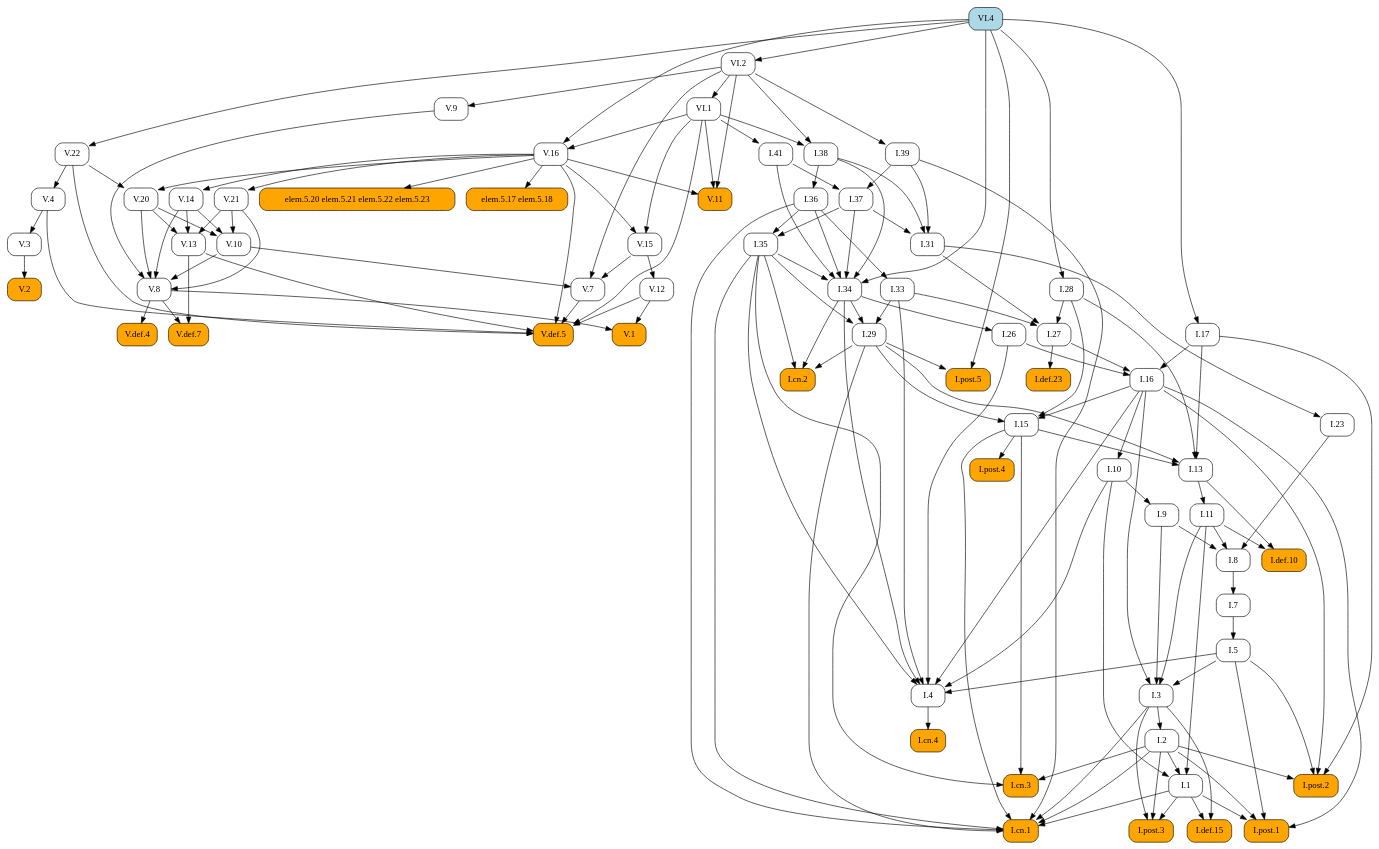
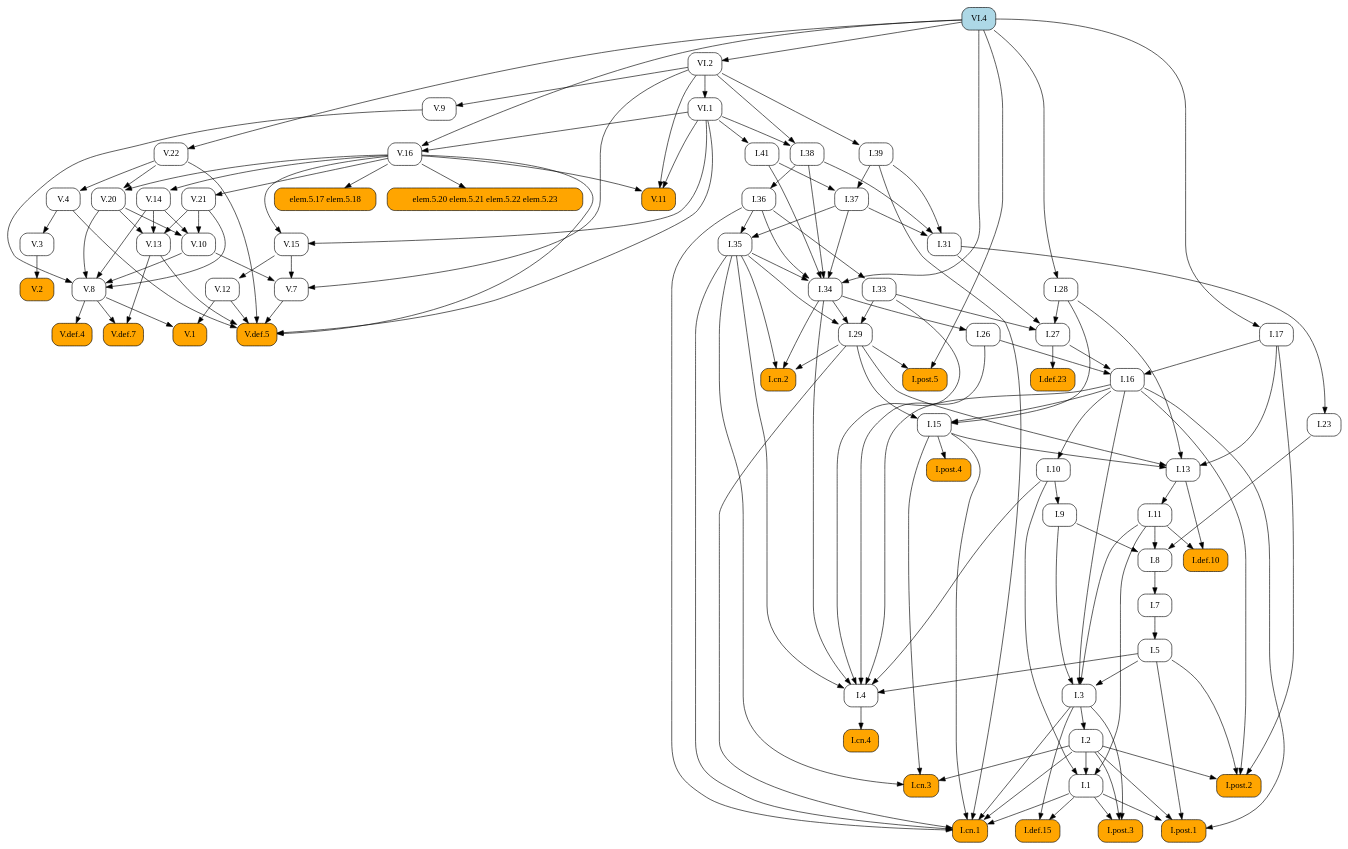
Before and after one commit to geometor/elements: the diagram in docsrc/elements2/VI/4/index.rst, drawn with Graphviz. The commit also changed other lines of this file and 171 other files, not shown here.

```diff
--- a/docsrc/elements2/VI/4/index.rst
+++ b/docsrc/elements2/VI/4/index.rst
@@ -88,147 +88,77 @@
    digraph {
      rankdir="TB";
      node [shape=box, style=rounded];
+     "V.20" [URL="/elements2/V/20/", target="_top"];
+     "I.8" [URL="/elements2/I/8/", target="_top"];
+     "I.36" [URL="/elements2/I/36/", target="_top"];
+     "V.def.5" [style="rounded,filled", fillcolor=orange, URL="/elements2/V/def.5/", target="_top"];
+     "V.def.7" [style="rounded,filled", fillcolor=orange, URL="/elements2/V/def.7/", target="_top"];
+     "I.38" [URL="/elements2/I/38/", target="_top"];
+     "I.post.5" [style="rounded,filled", fillcolor=orange, URL="/elements2/I/post.5/", target="_top"];
+     "I.def.10" [style="rounded,filled", fillcolor=orange, URL="/elements2/I/def.10/", target="_top"];
+     "I.cn.2" [style="rounded,filled", fillcolor=orange, URL="/elements2/I/cn.2/", target="_top"];
+     "I.31" [URL="/elements2/I/31/", target="_top"];
+     "I.post.2" [style="rounded,filled", fillcolor=orange, URL="/elements2/I/post.2/", target="_top"];
+     "I.def.23" [style="rounded,filled", fillcolor=orange, URL="/elements2/I/def.23/", target="_top"];
+     "I.26" [URL="/elements2/I/26/", target="_top"];
+     "V.3" [URL="/elements2/V/3/", target="_top"];
+     "I.cn.3" [style="rounded,filled", fillcolor=orange, URL="/elements2/I/cn.3/", target="_top"];
+     "V.2" [style="rounded,filled", fillcolor=orange, URL="/elements2/V/2/", target="_top"];
+     "V.12" [URL="/elements2/V/12/", target="_top"];
+     "V.22" [URL="/elements2/V/22/", target="_top"];
+     "I.41" [URL="/elements2/I/41/", target="_top"];
+     "I.35" [URL="/elements2/I/35/", target="_top"];
+     "I.28" [URL="/elements2/I/28/", target="_top"];
+     "I.27" [URL="/elements2/I/27/", target="_top"];
+     "I.4" [URL="/elements2/I/4/", target="_top"];
+     "V.8" [URL="/elements2/V/8/", target="_top"];
+     "VI.2" [URL="/elements2/VI/2/", target="_top"];
+     "I.39" [URL="/elements2/I/39/", target="_top"];
+     "I.15" [URL="/elements2/I/15/", target="_top"];
+     "I.34" [URL="/elements2/I/34/", target="_top"];
+     "I.post.3" [style="rounded,filled", fillcolor=orange, URL="/elements2/I/post.3/", target="_top"];
+     "I.post.1" [style="rounded,filled", fillcolor=orange, URL="/elements2/I/post.1/", target="_top"];
+     "V.def.4" [style="rounded,filled", fillcolor=orange, URL="/elements2/V/def.4/", target="_top"];
+     "I.33" [URL="/elements2/I/33/", target="_top"];
+     "I.5" [URL="/elements2/I/5/", target="_top"];
      "elem.5.17 elem.5.18" [style="rounded,filled", fillcolor=orange];
+     "VI.1" [URL="/elements2/VI/1/", target="_top"];
+     "V.11" [style="rounded,filled", fillcolor=orange, URL="/elements2/V/11/", target="_top"];
+     "V.13" [URL="/elements2/V/13/", target="_top"];
+     "V.9" [URL="/elements2/V/9/", target="_top"];
+     "V.16" [URL="/elements2/V/16/", target="_top"];
+     "I.def.15" [style="rounded,filled", fillcolor=orange, URL="/elements2/I/def.15/", target="_top"];
+     "V.15" [URL="/elements2/V/15/", target="_top"];
+     "I.11" [URL="/elements2/I/11/", target="_top"];
+     "I.3" [URL="/elements2/I/3/", target="_top"];
+     "V.14" [URL="/elements2/V/14/", target="_top"];
+     "V.10" [URL="/elements2/V/10/", target="_top"];
+     "VI.4" [style="rounded,filled", fillcolor=lightblue, URL="/elements2/VI/4/", target="_top"];
+     "I.1" [URL="/elements2/I/1/", target="_top"];
+     "I.cn.4" [style="rounded,filled", fillcolor=orange, URL="/elements2/I/cn.4/", target="_top"];
+     "I.7" [URL="/elements2/I/7/", target="_top"];
+     "I.17" [URL="/elements2/I/17/", target="_top"];
+     "I.9" [URL="/elements2/I/9/", target="_top"];
      "V.7" [URL="/elements2/V/7/", target="_top"];
-     "VI.4" [style="rounded,filled", fillcolor=lightblue, URL="/elements2/VI/4/", target="_top"];
-     "I.cn.4" [style="rounded,filled", fillcolor=orange, URL="/elements2/I/cn.4/", target="_top"];
-     "I.post.3" [style="rounded,filled", fillcolor=orange, URL="/elements2/I/post.3/", target="_top"];
-     "V.22" [URL="/elements2/V/22/", target="_top"];
-     "V.def.7" [style="rounded,filled", fillcolor=orange, URL="/elements2/V/def.7/", target="_top"];
-     "I.41" [URL="/elements2/I/41/", target="_top"];
-     "I.27" [URL="/elements2/I/27/", target="_top"];
-     "I.post.2" [style="rounded,filled", fillcolor=orange, URL="/elements2/I/post.2/", target="_top"];
+     "I.cn.1" [style="rounded,filled", fillcolor=orange, URL="/elements2/I/cn.1/", target="_top"];
+     "I.29" [URL="/elements2/I/29/", target="_top"];
+     "I.16" [URL="/elements2/I/16/", target="_top"];
+     "V.21" [URL="/elements2/V/21/", target="_top"];
      "I.13" [URL="/elements2/I/13/", target="_top"];
+     "elem.5.20 elem.5.21 elem.5.22 elem.5.23" [style="rounded,filled", fillcolor=orange];
+     "I.post.4" [style="rounded,filled", fillcolor=orange, URL="/elements2/I/post.4/", target="_top"];
+     "V.1" [style="rounded,filled", fillcolor=orange, URL="/elements2/V/1/", target="_top"];
+     "I.2" [URL="/elements2/I/2/", target="_top"];
+     "I.37" [URL="/elements2/I/37/", target="_top"];
      "I.10" [URL="/elements2/I/10/", target="_top"];
-     "I.post.1" [style="rounded,filled", fillcolor=orange, URL="/elements2/I/post.1/", target="_top"];
-     "I.7" [URL="/elements2/I/7/", target="_top"];
-     "V.13" [URL="/elements2/V/13/", target="_top"];
-     "V.16" [URL="/elements2/V/16/", target="_top"];
-     "V.1" [style="rounded,filled", fillcolor=orange, URL="/elements2/V/1/", target="_top"];
-     "V.8" [URL="/elements2/V/8/", target="_top"];
-     "elem.5.20 elem.5.21 elem.5.22 elem.5.23" [style="rounded,filled", fillcolor=orange];
-     "I.9" [URL="/elements2/I/9/", target="_top"];
-     "I.38" [URL="/elements2/I/38/", target="_top"];
-     "I.8" [URL="/elements2/I/8/", target="_top"];
-     "I.15" [URL="/elements2/I/15/", target="_top"];
-     "I.26" [URL="/elements2/I/26/", target="_top"];
      "I.23" [URL="/elements2/I/23/", target="_top"];
      "V.4" [URL="/elements2/V/4/", target="_top"];
-     "VI.1" [URL="/elements2/VI/1/", target="_top"];
-     "I.1" [URL="/elements2/I/1/", target="_top"];
-     "I.3" [URL="/elements2/I/3/", target="_top"];
-     "I.cn.3" [style="rounded,filled", fillcolor=orange, URL="/elements2/I/cn.3/", target="_top"];
-     "I.17" [URL="/elements2/I/17/", target="_top"];
-     "I.37" [URL="/elements2/I/37/", target="_top"];
-     "I.def.10" [style="rounded,filled", fillcolor=orange, URL="/elements2/I/def.10/", target="_top"];
-     "I.34" [URL="/elements2/I/34/", target="_top"];
-     "V.def.5" [style="rounded,filled", fillcolor=orange, URL="/elements2/V/def.5/", target="_top"];
-     "I.def.15" [style="rounded,filled", fillcolor=orange, URL="/elements2/I/def.15/", target="_top"];
-     "I.28" [URL="/elements2/I/28/", target="_top"];
-     "I.36" [URL="/elements2/I/36/", target="_top"];
-     "V.10" [URL="/elements2/V/10/", target="_top"];
-     "V.14" [URL="/elements2/V/14/", target="_top"];
-     "V.15" [URL="/elements2/V/15/", target="_top"];
-     "I.11" [URL="/elements2/I/11/", target="_top"];
-     "I.4" [URL="/elements2/I/4/", target="_top"];
-     "I.16" [URL="/elements2/I/16/", target="_top"];
-     "V.21" [URL="/elements2/V/21/", target="_top"];
-     "I.def.23" [style="rounded,filled", fillcolor=orange, URL="/elements2/I/def.23/", target="_top"];
-     "I.2" [URL="/elements2/I/2/", target="_top"];
-     "I.cn.2" [style="rounded,filled", fillcolor=orange, URL="/elements2/I/cn.2/", target="_top"];
-     "I.post.5" [style="rounded,filled", fillcolor=orange, URL="/elements2/I/post.5/", target="_top"];
-     "VI.2" [URL="/elements2/VI/2/", target="_top"];
-     "V.3" [URL="/elements2/V/3/", target="_top"];
-     "V.def.4" [style="rounded,filled", fillcolor=orange, URL="/elements2/V/def.4/", target="_top"];
-     "I.35" [URL="/elements2/I/35/", target="_top"];
-     "V.11" [style="rounded,filled", fillcolor=orange, URL="/elements2/V/11/", target="_top"];
-     "V.2" [style="rounded,filled", fillcolor=orange, URL="/elements2/V/2/", target="_top"];
-     "I.31" [URL="/elements2/I/31/", target="_top"];
-     "I.33" [URL="/elements2/I/33/", target="_top"];
-     "I.post.4" [style="rounded,filled", fillcolor=orange, URL="/elements2/I/post.4/", target="_top"];
-     "I.39" [URL="/elements2/I/39/", target="_top"];
-     "I.cn.1" [style="rounded,filled", fillcolor=orange, URL="/elements2/I/cn.1/", target="_top"];
-     "V.9" [URL="/elements2/V/9/", target="_top"];
-     "I.29" [URL="/elements2/I/29/", target="_top"];
-     "I.5" [URL="/elements2/I/5/", target="_top"];
-     "V.12" [URL="/elements2/V/12/", target="_top"];
-     "V.20" [URL="/elements2/V/20/", target="_top"];
-     "V.16" -> "elem.5.17 elem.5.18";
-     "V.10" -> "V.7";
-     "V.15" -> "V.7";
-     "VI.2" -> "V.7";
-     "I.4" -> "I.cn.4";
-     "I.1" -> "I.post.3";
-     "I.2" -> "I.post.3";
-     "I.3" -> "I.post.3";
-     "VI.4" -> "V.22";
-     "V.8" -> "V.def.7";
-     "V.13" -> "V.def.7";
-     "VI.1" -> "I.41";
-     "I.28" -> "I.27";
-     "I.31" -> "I.27";
-     "I.33" -> "I.27";
-     "I.2" -> "I.post.2";
-     "I.5" -> "I.post.2";
-     "I.16" -> "I.post.2";
-     "I.17" -> "I.post.2";
-     "I.15" -> "I.13";
-     "I.17" -> "I.13";
-     "I.28" -> "I.13";
-     "I.29" -> "I.13";
-     "I.16" -> "I.10";
-     "I.1" -> "I.post.1";
-     "I.2" -> "I.post.1";
-     "I.5" -> "I.post.1";
-     "I.16" -> "I.post.1";
-     "I.8" -> "I.7";
-     "V.14" -> "V.13";
-     "V.20" -> "V.13";
-     "V.21" -> "V.13";
-     "VI.1" -> "V.16";
-     "VI.4" -> "V.16";
-     "V.8" -> "V.1";
-     "V.12" -> "V.1";
-     "V.9" -> "V.8";
-     "V.10" -> "V.8";
-     "V.14" -> "V.8";
-     "V.20" -> "V.8";
-     "V.21" -> "V.8";
-     "V.16" -> "elem.5.20 elem.5.21 elem.5.22 elem.5.23";
-     "I.10" -> "I.9";
-     "VI.1" -> "I.38";
-     "VI.2" -> "I.38";
+     "V.16" -> "V.20";
+     "V.22" -> "V.20";
      "I.9" -> "I.8";
      "I.11" -> "I.8";
      "I.23" -> "I.8";
-     "I.16" -> "I.15";
-     "I.28" -> "I.15";
-     "I.29" -> "I.15";
-     "I.34" -> "I.26";
-     "I.31" -> "I.23";
-     "V.22" -> "V.4";
-     "VI.2" -> "VI.1";
-     "I.2" -> "I.1";
-     "I.10" -> "I.1";
-     "I.11" -> "I.1";
-     "I.5" -> "I.3";
-     "I.9" -> "I.3";
-     "I.11" -> "I.3";
-     "I.16" -> "I.3";
-     "I.2" -> "I.cn.3";
-     "I.15" -> "I.cn.3";
-     "I.35" -> "I.cn.3";
-     "VI.4" -> "I.17";
-     "I.39" -> "I.37";
-     "I.41" -> "I.37";
-     "I.11" -> "I.def.10";
-     "I.13" -> "I.def.10";
-     "I.35" -> "I.34";
-     "I.36" -> "I.34";
-     "I.37" -> "I.34";
-     "I.38" -> "I.34";
-     "I.41" -> "I.34";
-     "VI.4" -> "I.34";
+     "I.38" -> "I.36";
      "V.4" -> "V.def.5";
      "V.7" -> "V.def.5";
      "V.12" -> "V.def.5";
@@ -236,17 +166,40 @@
      "V.16" -> "V.def.5";
      "V.22" -> "V.def.5";
      "VI.1" -> "V.def.5";
-     "I.1" -> "I.def.15";
-     "I.3" -> "I.def.15";
+     "V.8" -> "V.def.7";
+     "V.13" -> "V.def.7";
+     "VI.1" -> "I.38";
+     "VI.2" -> "I.38";
+     "I.29" -> "I.post.5";
+     "VI.4" -> "I.post.5";
+     "I.11" -> "I.def.10";
+     "I.13" -> "I.def.10";
+     "I.29" -> "I.cn.2";
+     "I.34" -> "I.cn.2";
+     "I.35" -> "I.cn.2";
+     "I.37" -> "I.31";
+     "I.38" -> "I.31";
+     "I.39" -> "I.31";
+     "I.2" -> "I.post.2";
+     "I.5" -> "I.post.2";
+     "I.16" -> "I.post.2";
+     "I.17" -> "I.post.2";
+     "I.27" -> "I.def.23";
+     "I.34" -> "I.26";
+     "V.4" -> "V.3";
+     "I.2" -> "I.cn.3";
+     "I.15" -> "I.cn.3";
+     "I.35" -> "I.cn.3";
+     "V.3" -> "V.2";
+     "V.15" -> "V.12";
+     "VI.4" -> "V.22";
+     "VI.1" -> "I.41";
+     "I.36" -> "I.35";
+     "I.37" -> "I.35";
      "VI.4" -> "I.28";
-     "I.38" -> "I.36";
-     "V.14" -> "V.10";
-     "V.20" -> "V.10";
-     "V.21" -> "V.10";
-     "V.16" -> "V.14";
-     "V.16" -> "V.15";
-     "VI.1" -> "V.15";
-     "I.13" -> "I.11";
+     "I.28" -> "I.27";
+     "I.31" -> "I.27";
+     "I.33" -> "I.27";
      "I.5" -> "I.4";
      "I.10" -> "I.4";
      "I.16" -> "I.4";
@@ -254,32 +207,66 @@
      "I.33" -> "I.4";
      "I.34" -> "I.4";
      "I.35" -> "I.4";
-     "I.17" -> "I.16";
-     "I.26" -> "I.16";
-     "I.27" -> "I.16";
-     "V.16" -> "V.21";
-     "I.27" -> "I.def.23";
-     "I.3" -> "I.2";
-     "I.29" -> "I.cn.2";
-     "I.34" -> "I.cn.2";
-     "I.35" -> "I.cn.2";
-     "I.29" -> "I.post.5";
-     "VI.4" -> "I.post.5";
+     "V.9" -> "V.8";
+     "V.10" -> "V.8";
+     "V.14" -> "V.8";
+     "V.20" -> "V.8";
+     "V.21" -> "V.8";
      "VI.4" -> "VI.2";
-     "V.4" -> "V.3";
+     "VI.2" -> "I.39";
+     "I.16" -> "I.15";
+     "I.28" -> "I.15";
+     "I.29" -> "I.15";
+     "I.35" -> "I.34";
+     "I.36" -> "I.34";
+     "I.37" -> "I.34";
+     "I.38" -> "I.34";
+     "I.41" -> "I.34";
+     "VI.4" -> "I.34";
+     "I.1" -> "I.post.3";
+     "I.2" -> "I.post.3";
+     "I.3" -> "I.post.3";
+     "I.1" -> "I.post.1";
+     "I.2" -> "I.post.1";
+     "I.5" -> "I.post.1";
+     "I.16" -> "I.post.1";
      "V.8" -> "V.def.4";
-     "I.36" -> "I.35";
-     "I.37" -> "I.35";
+     "I.36" -> "I.33";
+     "I.7" -> "I.5";
+     "V.16" -> "elem.5.17 elem.5.18";
+     "VI.2" -> "VI.1";
      "V.16" -> "V.11";
      "VI.1" -> "V.11";
      "VI.2" -> "V.11";
-     "V.3" -> "V.2";
-     "I.37" -> "I.31";
-     "I.38" -> "I.31";
-     "I.39" -> "I.31";
-     "I.36" -> "I.33";
-     "I.15" -> "I.post.4";
-     "VI.2" -> "I.39";
+     "V.14" -> "V.13";
+     "V.20" -> "V.13";
+     "V.21" -> "V.13";
+     "VI.2" -> "V.9";
+     "VI.1" -> "V.16";
+     "VI.4" -> "V.16";
+     "I.1" -> "I.def.15";
+     "I.3" -> "I.def.15";
+     "V.16" -> "V.15";
+     "VI.1" -> "V.15";
+     "I.13" -> "I.11";
+     "I.5" -> "I.3";
+     "I.9" -> "I.3";
+     "I.11" -> "I.3";
+     "I.16" -> "I.3";
+     "V.16" -> "V.14";
+     "V.14" -> "V.10";
+     "V.20" -> "V.10";
+     "V.21" -> "V.10";
+     "I.2" -> "I.1";
+     "I.10" -> "I.1";
+     "I.11" -> "I.1";
+     "I.4" -> "I.cn.4";
+     "I.8" -> "I.7";
+     "VI.4" -> "I.17";
+     "I.10" -> "I.9";
+     "V.10" -> "V.7";
+     "V.15" -> "V.7";
+     "VI.2" -> "V.7";
      "I.1" -> "I.cn.1";
      "I.2" -> "I.cn.1";
      "I.3" -> "I.cn.1";
@@ -288,12 +275,25 @@
      "I.35" -> "I.cn.1";
      "I.36" -> "I.cn.1";
      "I.39" -> "I.cn.1";
-     "VI.2" -> "V.9";
      "I.33" -> "I.29";
      "I.34" -> "I.29";
      "I.35" -> "I.29";
-     "I.7" -> "I.5";
-     "V.15" -> "V.12";
-     "V.16" -> "V.20";
-     "V.22" -> "V.20";
+     "I.17" -> "I.16";
+     "I.26" -> "I.16";
+     "I.27" -> "I.16";
+     "V.16" -> "V.21";
+     "I.15" -> "I.13";
+     "I.17" -> "I.13";
+     "I.28" -> "I.13";
+     "I.29" -> "I.13";
+     "V.16" -> "elem.5.20 elem.5.21 elem.5.22 elem.5.23";
+     "I.15" -> "I.post.4";
+     "V.8" -> "V.1";
+     "V.12" -> "V.1";
+     "I.3" -> "I.2";
+     "I.39" -> "I.37";
+     "I.41" -> "I.37";
+     "I.16" -> "I.10";
+     "I.31" -> "I.23";
+     "V.22" -> "V.4";
    }
```
